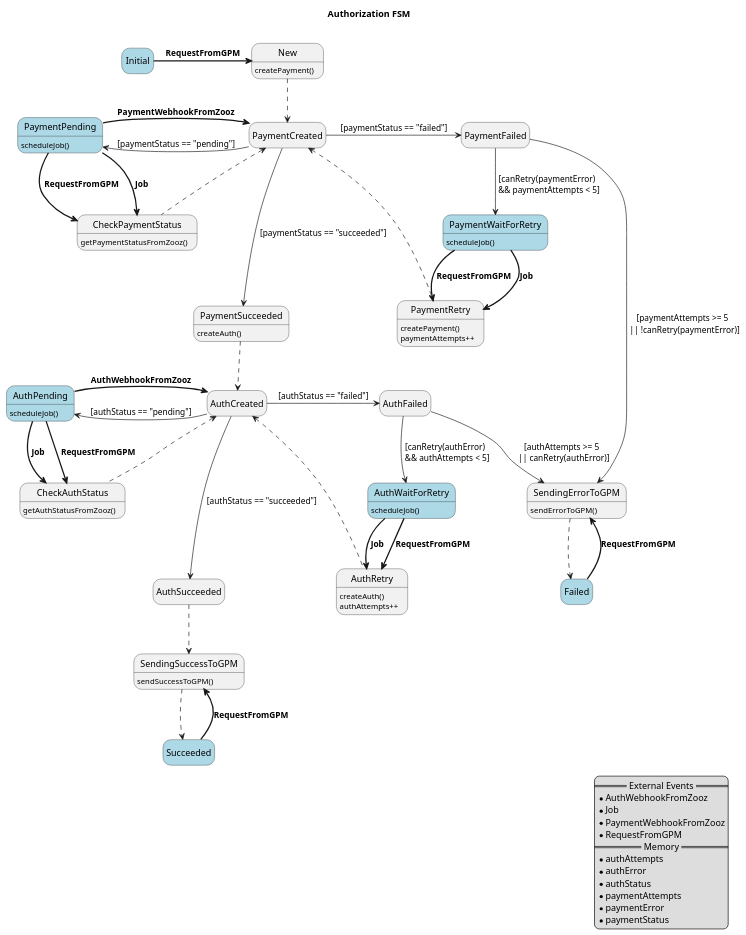
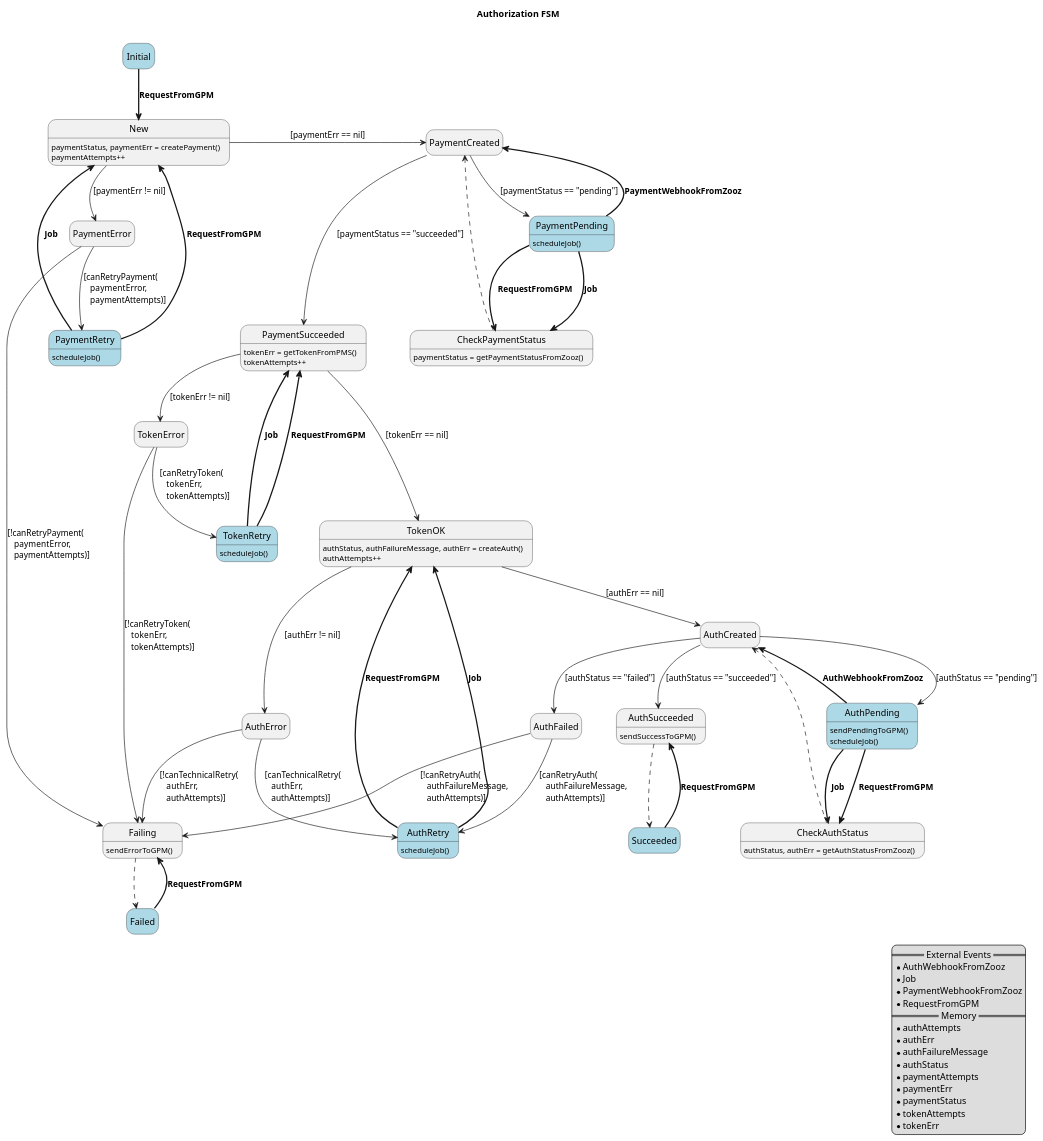
The diagram in auth_fsm.puml (maratori/fsm), drawn with PlantUML before and after one commit. The commit also changed 2 other files, not shown here.

Commit message:
Update diagram

```diff
--- a/auth_fsm.puml
+++ b/auth_fsm.puml
@@ -1,91 +1,91 @@
 @startuml
 hide empty description
 
 title Authorization FSM\n
 
 legend right
   == External Events ==
   * AuthWebhookFromZooz
   * Job
   * PaymentWebhookFromZooz
   * RequestFromGPM
   == Memory ==
   * authAttempts
-  * authError
+  * authErr
+  * authFailureMessage
   * authStatus
   * paymentAttempts
-  * paymentError
+  * paymentErr
   * paymentStatus
+  * tokenAttempts
+  * tokenErr
 end legend
 
 skinparam StateBackgroundColor<<Permanent>> LightBlue
 
-state Initial             <<Permanent>>
-state New                               : createPayment()
+state Initial            <<Permanent>>
+state New                              : paymentStatus, paymentErr = createPayment()\npaymentAttempts++
 state PaymentCreated
-state PaymentSucceeded                  : createAuth()
-state PaymentPending      <<Permanent>> : scheduleJob()
-state PaymentFailed
-state PaymentWaitForRetry <<Permanent>> : scheduleJob()
-state CheckPaymentStatus                : getPaymentStatusFromZooz()
-state PaymentRetry                      : createPayment() \npaymentAttempts++
+state PaymentSucceeded                 : tokenErr = getTokenFromPMS()\ntokenAttempts++
+state TokenOK                          : authStatus, authFailureMessage, authErr = createAuth()\nauthAttempts++
 state AuthCreated
-state AuthSucceeded
-state AuthPending         <<Permanent>> : scheduleJob()
+state AuthSucceeded                    : sendSuccessToGPM()
+state Succeeded          <<Permanent>>
+state AuthError
 state AuthFailed
-state AuthWaitForRetry    <<Permanent>> : scheduleJob()
-state CheckAuthStatus                   : getAuthStatusFromZooz()
-state AuthRetry                         : createAuth() \nauthAttempts++
-state SendingSuccessToGPM               : sendSuccessToGPM()
-state Succeeded           <<Permanent>>
-state SendingErrorToGPM                 : sendErrorToGPM()
-state Failed              <<Permanent>>
+state AuthPending        <<Permanent>> : sendPendingToGPM()\nscheduleJob()
+state AuthRetry          <<Permanent>> : scheduleJob()
+state CheckAuthStatus                  : authStatus, authErr = getAuthStatusFromZooz()
+state CheckPaymentStatus               : paymentStatus = getPaymentStatusFromZooz()
+state Failed             <<Permanent>>
+state Failing                          : sendErrorToGPM()
+state PaymentError
+state PaymentPending     <<Permanent>> : scheduleJob()
+state PaymentRetry       <<Permanent>> : scheduleJob()
+state TokenError
+state TokenRetry         <<Permanent>> : scheduleJob()
 
 
-Initial             -right[bold]->   New                 : **RequestFromGPM**
-New                 -[dashed]->      PaymentCreated
+Initial             -[bold]->    New                : **RequestFromGPM**
+New                 ->           PaymentCreated     : [paymentErr == nil]
+PaymentCreated      --->         PaymentSucceeded   : [paymentStatus == "succeeded"]
+PaymentSucceeded    --->         TokenOK            : [tokenErr == nil]
+TokenOK             -->          AuthCreated        : [authErr == nil]
+AuthCreated         -->          AuthSucceeded      : [authStatus == "succeeded"]
+AuthSucceeded       -[dashed]->  Succeeded
+Succeeded           -[bold]->    AuthSucceeded      : **RequestFromGPM**
+Succeeded           -[hidden]->  AuthSucceeded
 
-PaymentCreated      -left->          PaymentPending      : [paymentStatus == "pending"]
-PaymentCreated      -left[hidden]->  PaymentPending      : xxxxxxxxxxxxxxxxxxxxxxxxxxxx
-PaymentPending      -[bold]->        CheckPaymentStatus  : **Job**
-PaymentPending      -[bold]->        CheckPaymentStatus  : **RequestFromGPM**
-PaymentPending      -right[bold]->   PaymentCreated      : **PaymentWebhookFromZooz**
-CheckPaymentStatus  -up[dashed]->    PaymentCreated
-
-PaymentCreated      -right->         PaymentFailed       : [paymentStatus == "failed"]
-PaymentFailed       -->              PaymentWaitForRetry : [canRetry(paymentError) \n && paymentAttempts < 5]
-PaymentWaitForRetry -[bold]->        PaymentRetry        : **Job**
-PaymentWaitForRetry -[bold]->        PaymentRetry        : **RequestFromGPM**
-PaymentRetry        -up[dashed]->    PaymentCreated
-
-PaymentFailed       -->              SendingErrorToGPM   : [paymentAttempts >= 5 \n || !canRetry(paymentError)]
-
-PaymentCreated      --->             PaymentSucceeded    : [paymentStatus == "succeeded"]
-PaymentSucceeded    -[dashed]->      AuthCreated
-
-AuthCreated         -left->          AuthPending         : [authStatus == "pending"]
-AuthCreated         -left[hidden]->  AuthPending         : xxxxxxxxxxxxxxxxxxxxxxxxx
-AuthPending         -[bold]->        CheckAuthStatus     : **Job**
-AuthPending         -[bold]->        CheckAuthStatus     : **RequestFromGPM**
-AuthPending         -right[bold]->   AuthCreated         : **AuthWebhookFromZooz**
-CheckAuthStatus     -up[dashed]->    AuthCreated
-
-AuthCreated         -right->         AuthFailed          : [authStatus == "failed"]
-AuthFailed          -->              AuthWaitForRetry    : [canRetry(authError) \n && authAttempts < 5]
-AuthWaitForRetry    -[bold]->        AuthRetry           : **Job**
-AuthWaitForRetry    -[bold]->        AuthRetry           : **RequestFromGPM**
-AuthRetry           -up[dashed]->    AuthCreated
-
-AuthCreated         --->             AuthSucceeded       : [authStatus == "succeeded"]
-AuthSucceeded       -[dashed]->      SendingSuccessToGPM
-SendingSuccessToGPM -[dashed]->      Succeeded
-SendingSuccessToGPM -[hidden]->      Succeeded
-Succeeded           -[bold]->        SendingSuccessToGPM : **RequestFromGPM**
-
-AuthFailed          -->              SendingErrorToGPM   : [authAttempts >= 5 \n || canRetry(authError)]
-SendingErrorToGPM   -[dashed]->      Failed
-SendingErrorToGPM   -[hidden]->      Failed
-Failed              -[bold]->        SendingErrorToGPM   : **RequestFromGPM**
-
+AuthCreated         -->          AuthFailed         : [authStatus == "failed"]
+AuthCreated         -->          AuthPending        : [authStatus == "pending"]
+AuthError           -->          AuthRetry          : [canTechnicalRetry(\l   authErr,\l   authAttempts)]
+AuthError           -->          Failing            : [!canTechnicalRetry(\l   authErr,\l   authAttempts)]
+AuthFailed          -->          AuthRetry          : [canRetryAuth(\l   authFailureMessage,\l   authAttempts)]
+AuthFailed          -->          Failing            : [!canRetryAuth(\l   authFailureMessage,\l   authAttempts)]
+AuthPending         -[bold]->    AuthCreated        : **AuthWebhookFromZooz**
+AuthPending         -[bold]->    CheckAuthStatus    : **Job**
+AuthPending         -[bold]->    CheckAuthStatus    : **RequestFromGPM**
+AuthRetry           -[bold]->    TokenOK            : **Job**
+AuthRetry           -[bold]->    TokenOK            : **RequestFromGPM**
+CheckAuthStatus     -[dashed]->  AuthCreated
+CheckPaymentStatus  -[dashed]->  PaymentCreated
+Failed              -[bold]->    Failing            : **RequestFromGPM**
+Failed              -[hidden]->  Failing
+Failing             -[dashed]->  Failed
+New                 -->          PaymentError       : [paymentErr != nil]
+PaymentCreated      -->          PaymentPending     : [paymentStatus == "pending"]
+PaymentError        -->          Failing            : [!canRetryPayment(\l   paymentError,\l   paymentAttempts)]
+PaymentError        -->          PaymentRetry       : [canRetryPayment(\l   paymentError,\l   paymentAttempts)]
+PaymentPending      -[bold]->    CheckPaymentStatus : **Job**
+PaymentPending      -[bold]->    CheckPaymentStatus : **RequestFromGPM**
+PaymentPending      -[bold]->    PaymentCreated     : **PaymentWebhookFromZooz**
+PaymentRetry        -[bold]->    New                : **Job**
+PaymentRetry        -[bold]->    New                : **RequestFromGPM**
+PaymentSucceeded    -->          TokenError         : [tokenErr != nil]
+TokenError          -->          Failing            : [!canRetryToken(\l   tokenErr,\l   tokenAttempts)]
+TokenError          -->          TokenRetry         : [canRetryToken(\l   tokenErr,\l   tokenAttempts)]
+TokenOK             -->          AuthError          : [authErr != nil]
+TokenRetry          -[bold]->    PaymentSucceeded   : **Job**
+TokenRetry          -[bold]->    PaymentSucceeded   : **RequestFromGPM**
 
 @enduml
```
